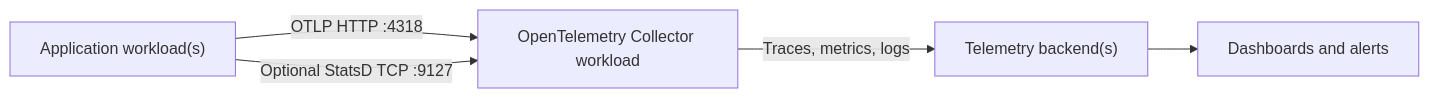
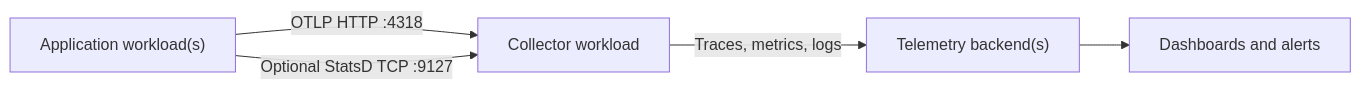
Before and after one commit to shakacode/control-plane-flow: the first of 2 diagrams in docs/telemetry/index.md, drawn with Mermaid. The commit also changed other lines of this file and 2 other files, not shown here.

Commit message:
Clarify telemetry setup review notes

````diff
--- a/docs/telemetry/index.md
+++ b/docs/telemetry/index.md
@@ -23,12 +23,12 @@
 ```mermaid
 flowchart LR
   app["Application workload(s)"]
-  collector["OpenTelemetry Collector workload"]
+  collector["Collector workload"]
   backend["Telemetry backend(s)"]
   dashboard["Dashboards and alerts"]
 
   app -->|"OTLP HTTP :4318"| collector
   app -->|"Optional StatsD TCP :9127"| collector
   collector -->|"Traces, metrics, logs"| backend
   backend --> dashboard
 ```
````
